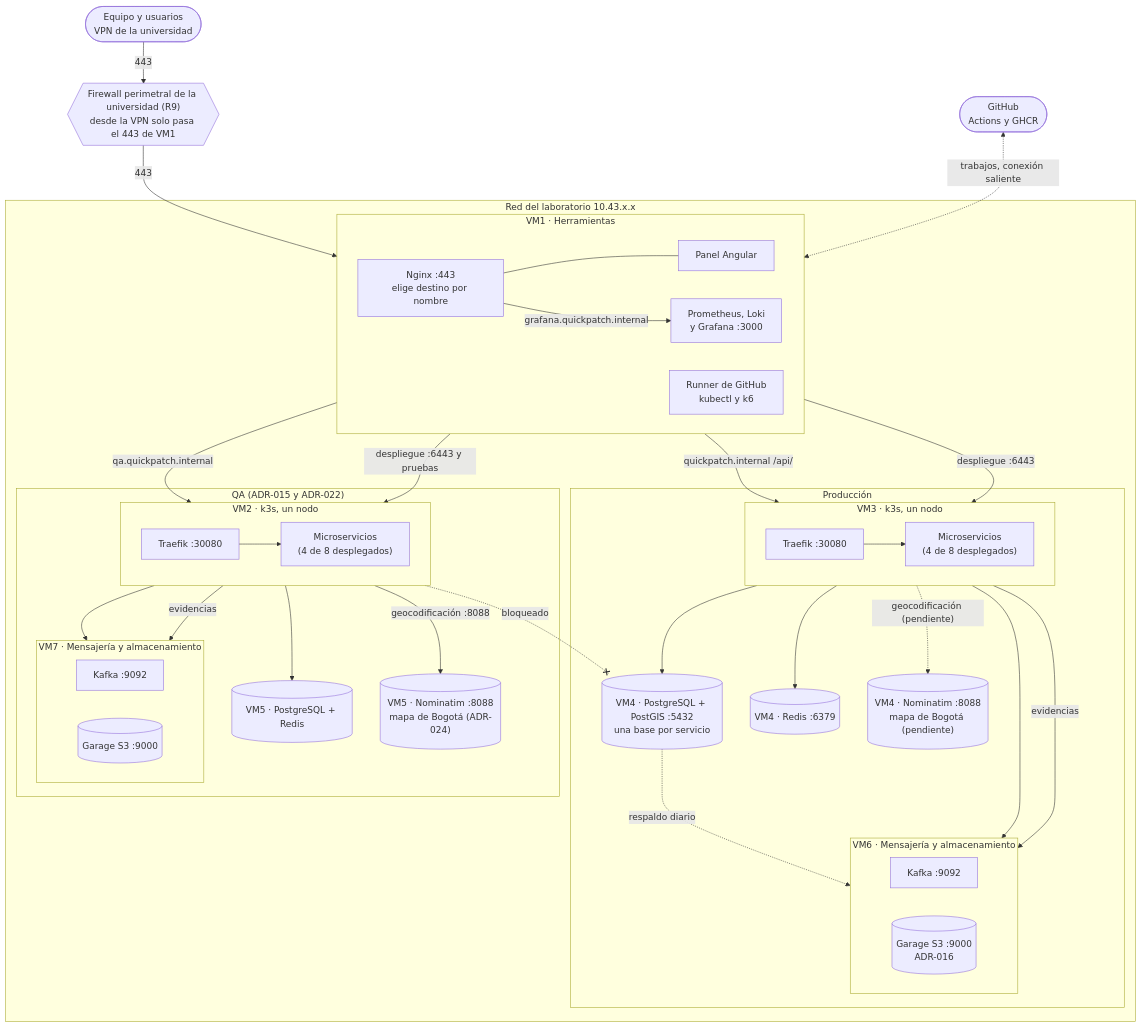
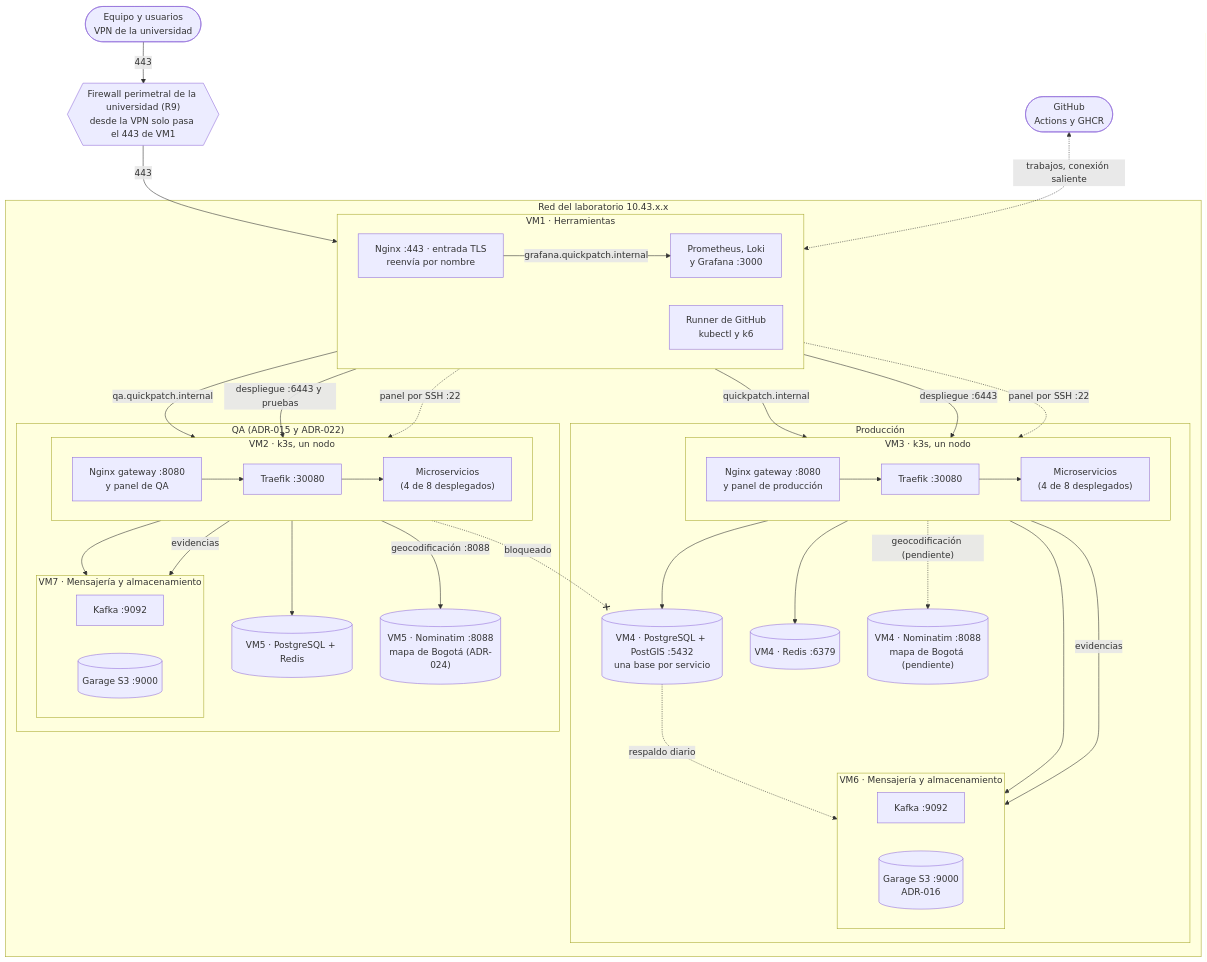
Before and after one commit to ARQUI-202630/quickpatch: the first of 5 diagrams in docs/infrastructure/INFRASTRUCTURE.md, drawn with Mermaid. The commit also changed other lines of this file and 6 other files, not shown here.

First line of the commit message:
docs(arquitectura): ADR-028 gateway propio por ambiente; SAD V2.38 e Infraestructura V3.9 (SCRUM-572, 573, 576)

````diff
--- a/docs/infrastructure/INFRASTRUCTURE.md
+++ b/docs/infrastructure/INFRASTRUCTURE.md
@@ -51,63 +51,63 @@
 ```mermaid
 flowchart TB
     EQ(["Equipo y usuarios<br/>VPN de la universidad"])
     PERIM{{"Firewall perimetral de la universidad (R9)<br/>desde la VPN solo pasa el 443 de VM1"}}
     GH(["GitHub<br/>Actions y GHCR"])
 
     subgraph LAB["Red del laboratorio 10.43.x.x"]
         subgraph VM1["VM1 · Herramientas"]
             direction LR
-            NGX["Nginx :443<br/>elige destino por nombre"]
-            PANEL["Panel Angular"]
+            NGX["Nginx :443 · entrada TLS<br/>reenvía por nombre"]
             RUN["Runner de GitHub<br/>kubectl y k6"]
             OBS["Prometheus, Loki<br/>y Grafana :3000"]
         end
         subgraph PROD["Producción"]
             subgraph VM3["VM3 · k3s, un nodo"]
                 direction LR
-                TRF["Traefik :30080"] --> MS["Microservicios<br/>(4 de 8 desplegados)"]
+                GWP["Nginx gateway :8080<br/>y panel de producción"] --> TRF["Traefik :30080"] --> MS["Microservicios<br/>(4 de 8 desplegados)"]
             end
             PG[("VM4 · PostgreSQL + PostGIS :5432<br/>una base por servicio")]
             RD[("VM4 · Redis :6379")]
             NOM[("VM4 · Nominatim :8088<br/>mapa de Bogotá (pendiente)")]
             subgraph VM6["VM6 · Mensajería y almacenamiento"]
                 direction LR
                 KF["Kafka :9092"]
                 GAR[("Garage S3 :9000<br/>ADR-016")]
             end
         end
         subgraph QAENV["QA (ADR-015 y ADR-022)"]
             subgraph VM2["VM2 · k3s, un nodo"]
                 direction LR
-                TRFQ["Traefik :30080"] --> MSQ["Microservicios<br/>(4 de 8 desplegados)"]
+                GWQ["Nginx gateway :8080<br/>y panel de QA"] --> TRFQ["Traefik :30080"] --> MSQ["Microservicios<br/>(4 de 8 desplegados)"]
             end
             PGQ[("VM5 · PostgreSQL + Redis")]
             NOMQ[("VM5 · Nominatim :8088<br/>mapa de Bogotá (ADR-024)")]
             subgraph VM7["VM7 · Mensajería y almacenamiento"]
                 direction LR
                 KFQ["Kafka :9092"]
                 GARQ[("Garage S3 :9000")]
             end
         end
     end
 
     EQ -->|"443"| PERIM -->|"443"| NGX
-    NGX --- PANEL
-    NGX -->|"quickpatch.internal /api/"| TRF
-    NGX -->|"qa.quickpatch.internal"| TRFQ
+    NGX -->|"quickpatch.internal"| GWP
+    NGX -->|"qa.quickpatch.internal"| GWQ
     NGX -->|"grafana.quickpatch.internal"| OBS
     MS --> PG
     MS --> RD
     MS --> KF
     MS -->|"evidencias"| GAR
     PG -.->|"respaldo diario"| GAR
     MSQ --> PGQ
     MSQ --> KFQ
     MSQ -->|"geocodificación :8088"| NOMQ
     MS -.->|"geocodificación (pendiente)"| NOM
     MSQ -->|"evidencias"| GARQ
     RUN -->|"despliegue :6443"| TRF
     RUN -->|"despliegue :6443 y pruebas"| TRFQ
+    RUN -.->|"panel por SSH :22"| GWP
+    RUN -.->|"panel por SSH :22"| GWQ
     GH <-.->|"trabajos, conexión saliente"| RUN
     MSQ -. "bloqueado" .-x PG
 ```
````
